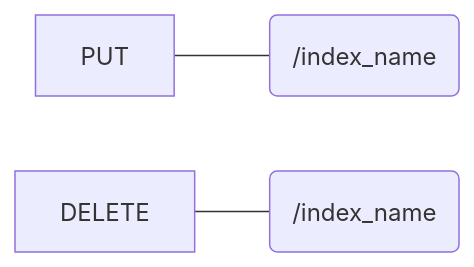
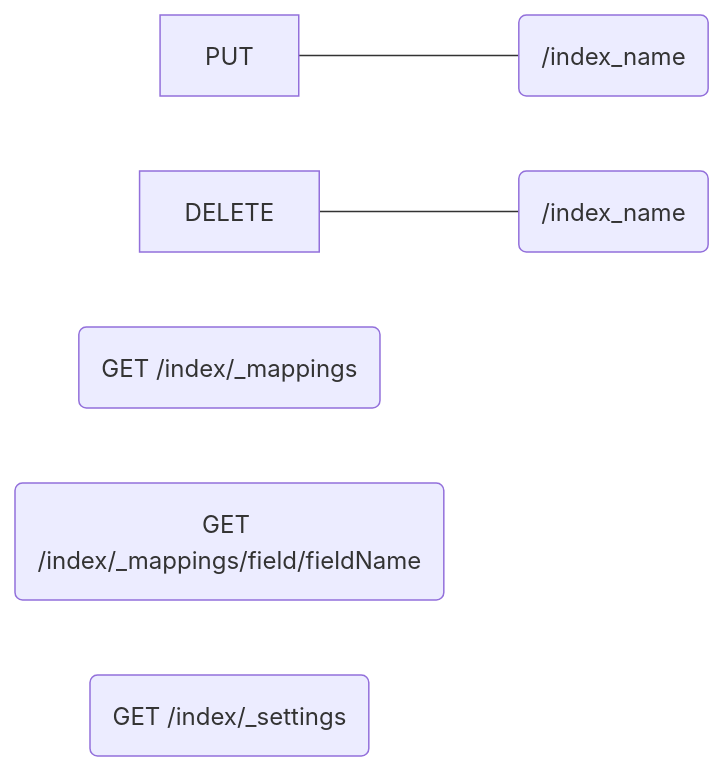
Before and after one commit to itweixiang/openotes: the second of 3 diagrams in 系统架构/日志采集/Elasticsearch/1 ES部署和基础使用.md, drawn with Mermaid. The commit also changed other lines of this file and 1 other file, not shown here.

````diff
--- a/系统架构/日志采集/Elasticsearch/1 ES部署和基础使用.md
+++ b/系统架构/日志采集/Elasticsearch/1 ES部署和基础使用.md
@@ -281,5 +311,8 @@
 ```mermaid
 graph LR
 PUT---index1(/index_name)
 DELETE---index2(/index_name)
+index3("GET /index/_mappings")
+index5("GET /index/_mappings/field/fieldName")
+index4("GET /index/_settings")
 ```
````
